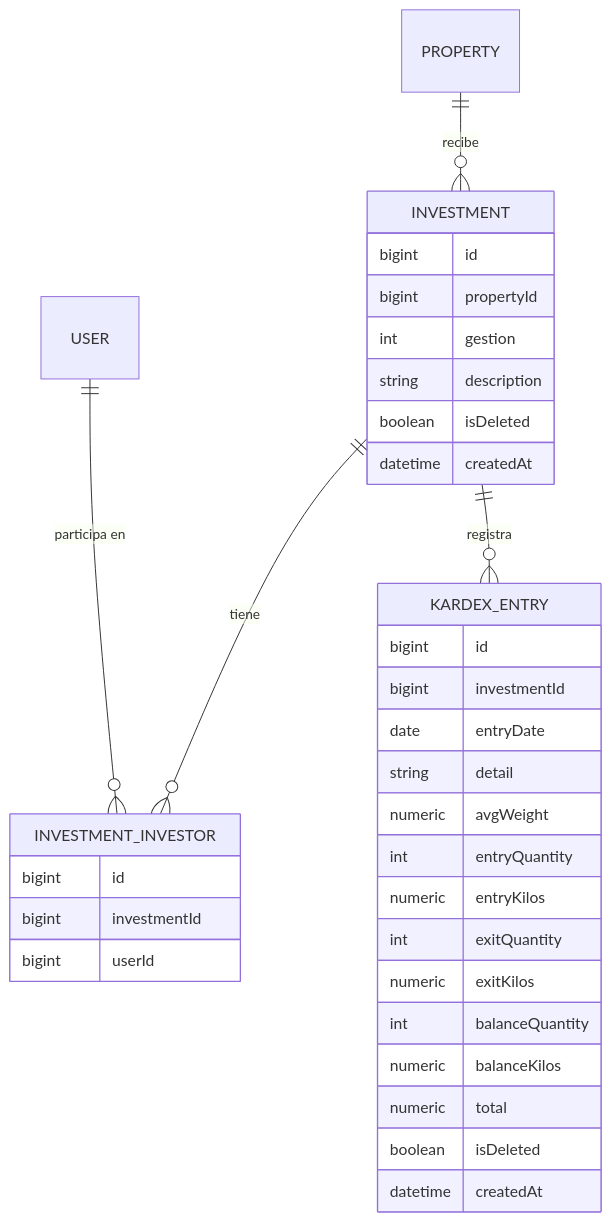
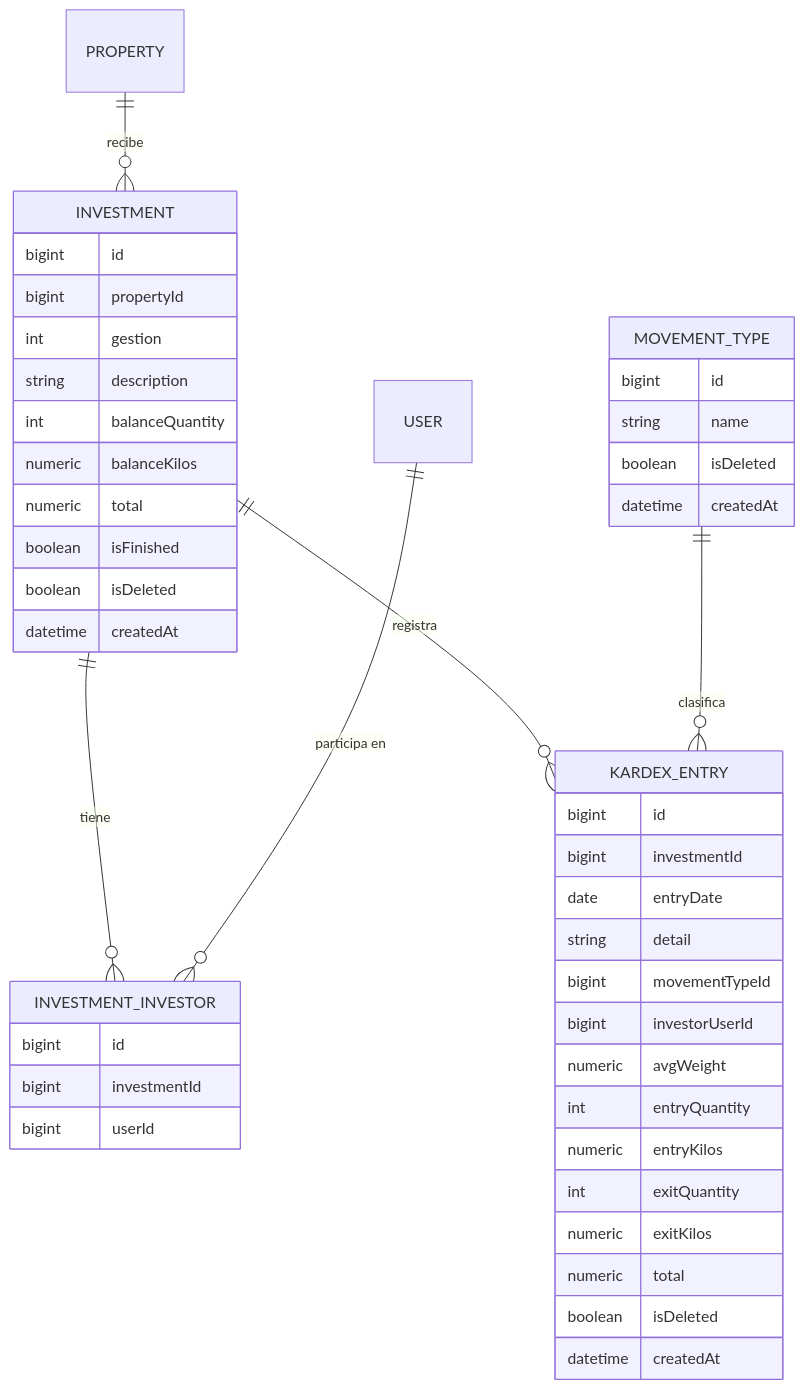
One commit to mzenteno/RedPecuaria_backend changed the diagram in docs/investment/investment.md. Above: the diagram before and after it, drawn with Mermaid. The commit also changed other lines of this file and 44 other files, not shown here.

````diff
--- a/docs/investment/investment.md
+++ b/docs/investment/investment.md
@@ -16,36 +16,47 @@
 ```mermaid
 erDiagram
     PROPERTY ||--o{ INVESTMENT : "recibe"
     INVESTMENT ||--o{ INVESTMENT_INVESTOR : "tiene"
     USER ||--o{ INVESTMENT_INVESTOR : "participa en"
     INVESTMENT ||--o{ KARDEX_ENTRY : "registra"
+    MOVEMENT_TYPE ||--o{ KARDEX_ENTRY : "clasifica"
     INVESTMENT {
         bigint id
         bigint propertyId
         int gestion
         string description
+        int balanceQuantity
+        numeric balanceKilos
+        numeric total
+        boolean isFinished
         boolean isDeleted
         datetime createdAt
     }
     INVESTMENT_INVESTOR {
         bigint id
         bigint investmentId
         bigint userId
     }
     KARDEX_ENTRY {
         bigint id
         bigint investmentId
         date entryDate
         string detail
+        bigint movementTypeId
+        bigint investorUserId
         numeric avgWeight
         int entryQuantity
         numeric entryKilos
         int exitQuantity
         numeric exitKilos
-        int balanceQuantity
-        numeric balanceKilos
         numeric total
         boolean isDeleted
         datetime createdAt
     }
+    MOVEMENT_TYPE {
+        bigint id
+        string name
+        boolean isDeleted
+        datetime createdAt
+    }
 ```
````
